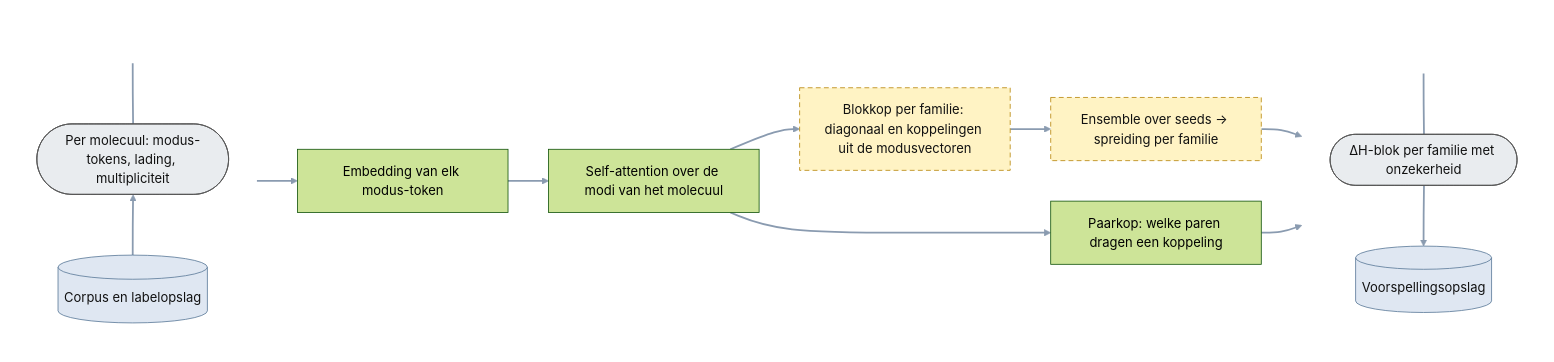
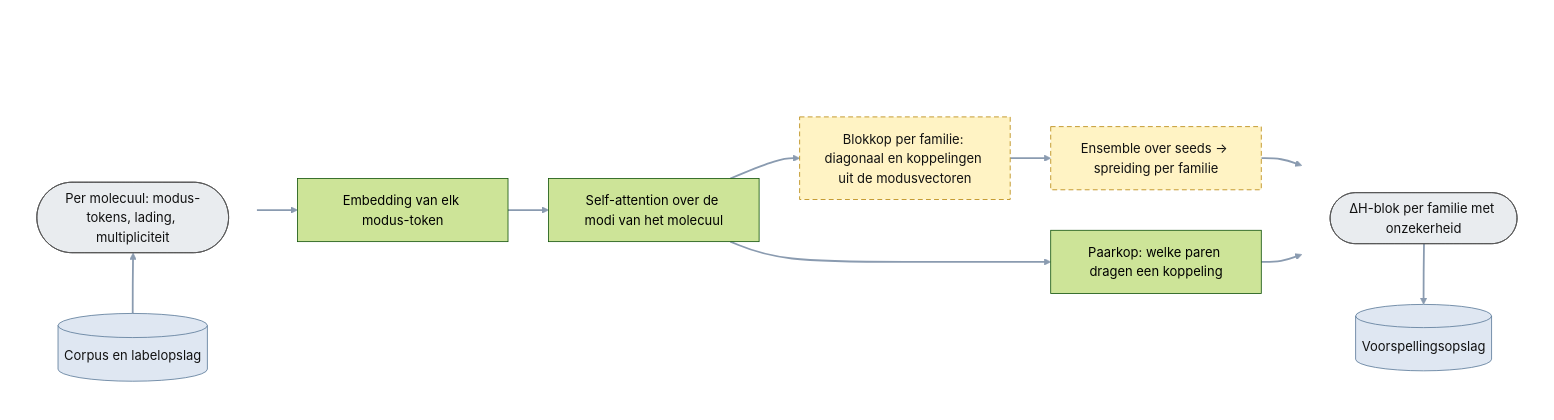
One commit to thebreadishard/udacity-capstone-plan changed the diagram in plans/05_delta-probed-ir-pipeline/GoalGathering/architecture/40_netwerk_componenten.mmd. Above: the diagram before and after it, drawn with Mermaid (forest theme). The commit also changed 5 other files, not shown here.

Commit message:
Plan 05 architecture: taller invisible spacers with index-styled invisible links (no ~~~), data objects aligned with the neighbouring step in a local Mermaid 11 render; preview page for self-checking before commits

```diff
--- a/plans/05_delta-probed-ir-pipeline/GoalGathering/architecture/40_netwerk_componenten.mmd
+++ b/plans/05_delta-probed-ir-pipeline/GoalGathering/architecture/40_netwerk_componenten.mmd
@@ -1,36 +1,40 @@
 %% Doelarchitectuur — Componenten van het netwerk (niveau 4). Grotendeels nog niet gebouwd.
 %% Rechthoek = processtap; ronde uiteinden = data-object; cilinder = opslag (onder het data-object). Gestippeld = nog niet gebouwd.
 flowchart LR
   linkStyle default stroke:#8a9bb0,stroke-width:2.2px
   classDef planned stroke-dasharray: 6 4,stroke:#b8860b,fill:#fff3c4,color:#111
   classDef data fill:#e9ecef,stroke:#555,color:#111
   classDef store fill:#dfe7f2,stroke:#5b7a99,color:#111
 
   subgraph IN [" "]
     direction BT
     INP(["Per molecuul: modus-tokens, lading, multipliciteit"]):::data
     CORPUS[("Corpus en labelopslag")]:::store
     CORPUS --> INP
-    SP0[" "]
-    INP ~~~ SP0
+    SP0["&nbsp;<br/>&nbsp;<br/>&nbsp;"]
   end
-  style SP0 fill:none,stroke:none,color:transparent
   EMB["Embedding van elk modus-token"]
   ENC["Self-attention over de modi van het molecuul"]
   BLK["Blokkop per familie: diagonaal en koppelingen uit de modusvectoren"]:::planned
   PAIR["Paarkop: welke paren dragen een koppeling"]
   UNC["Ensemble over seeds → spreiding per familie"]:::planned
   subgraph OUT [" "]
     direction TB
     OUTB(["ΔH-blok per familie met onzekerheid"]):::data
     STORE[("Voorspellingsopslag")]:::store
     OUTB --> STORE
-    SP1[" "]
-    SP1 ~~~ OUTB
+    SP1["&nbsp;<br/>&nbsp;<br/>&nbsp;"]
   end
-  style SP1 fill:none,stroke:none,color:transparent
   style IN fill:none,stroke:none
   style OUT fill:none,stroke:none
 
   IN --> EMB --> ENC --> BLK --> UNC --> OUT
   ENC --> PAIR --> OUT
+
+  %% onzichtbare vulknopen boven de data-objecten (uitlijning met de naaste stap); hun verbindingen zijn weggestyled
+  INP --- SP0
+  SP1 --- OUTB
+  linkStyle 9 stroke:none,stroke-width:0px
+  linkStyle 10 stroke:none,stroke-width:0px
+  style SP0 fill:none,stroke:none,color:transparent
+  style SP1 fill:none,stroke:none,color:transparent
```
